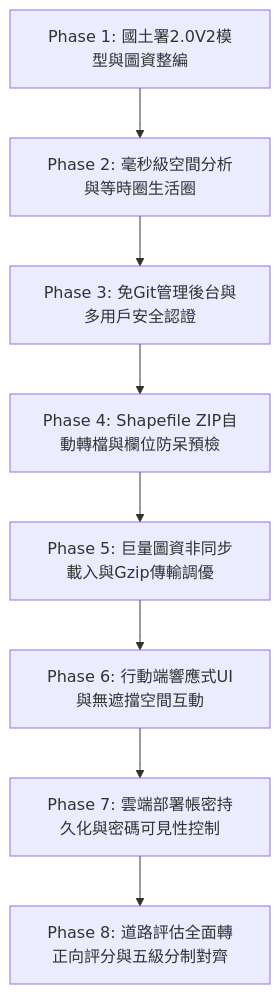
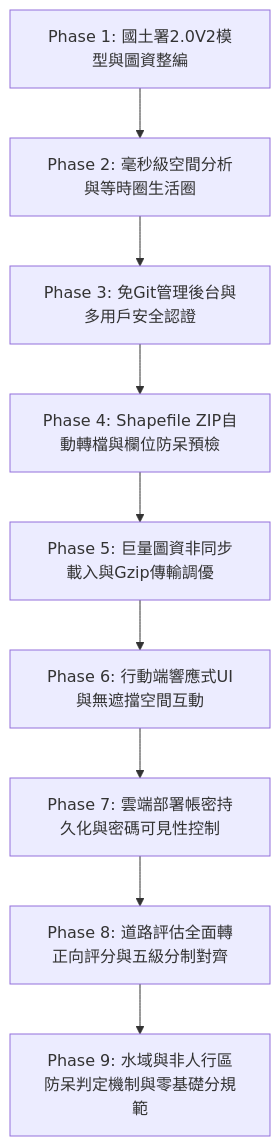
The first of 3 diagrams in docs/PLATFORM_BUILD_GUIDE.md (YTCheng0507/HCTWebGISdemo), drawn with Mermaid before and after one commit. The commit also changed other lines of this file and 4 other files, not shown here.

````diff
--- a/docs/PLATFORM_BUILD_GUIDE.md
+++ b/docs/PLATFORM_BUILD_GUIDE.md
@@ -22,10 +22,11 @@
 ```mermaid
 flowchart TD
     A[Phase 1: 國土署2.0V2模型與圖資整編] --> B[Phase 2: 毫秒級空間分析與等時圈生活圈]
     B --> C[Phase 3: 免Git管理後台與多用戶安全認證]
     C --> D[Phase 4: Shapefile ZIP自動轉檔與欄位防呆預檢]
     D --> E[Phase 5: 巨量圖資非同步載入與Gzip傳輸調優]
     E --> F[Phase 6: 行動端響應式UI與無遮擋空間互動]
     F --> G[Phase 7: 雲端部署帳密持久化與密碼可見性控制]
     G --> H[Phase 8: 道路評估全面轉正向評分與五級分制對齊]
+    H --> I[Phase 9: 水域與非人行區防呆判定機制與零基礎分規範]
 ```
````
